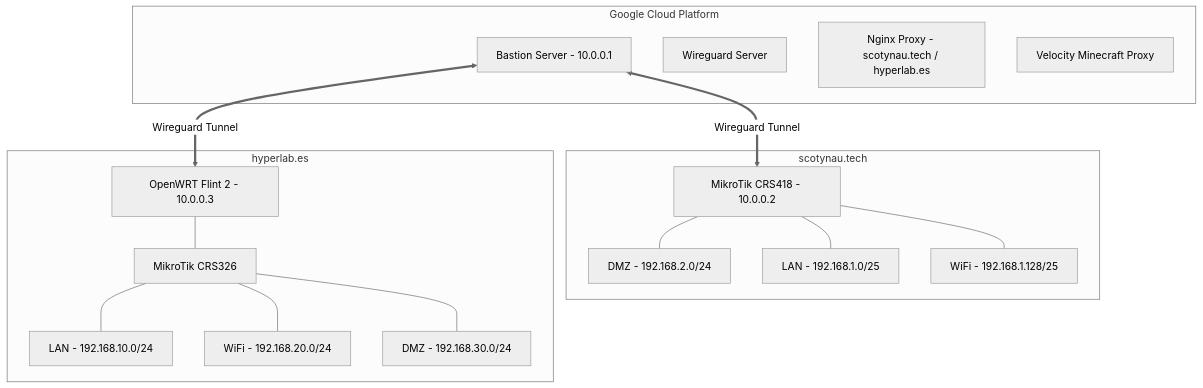
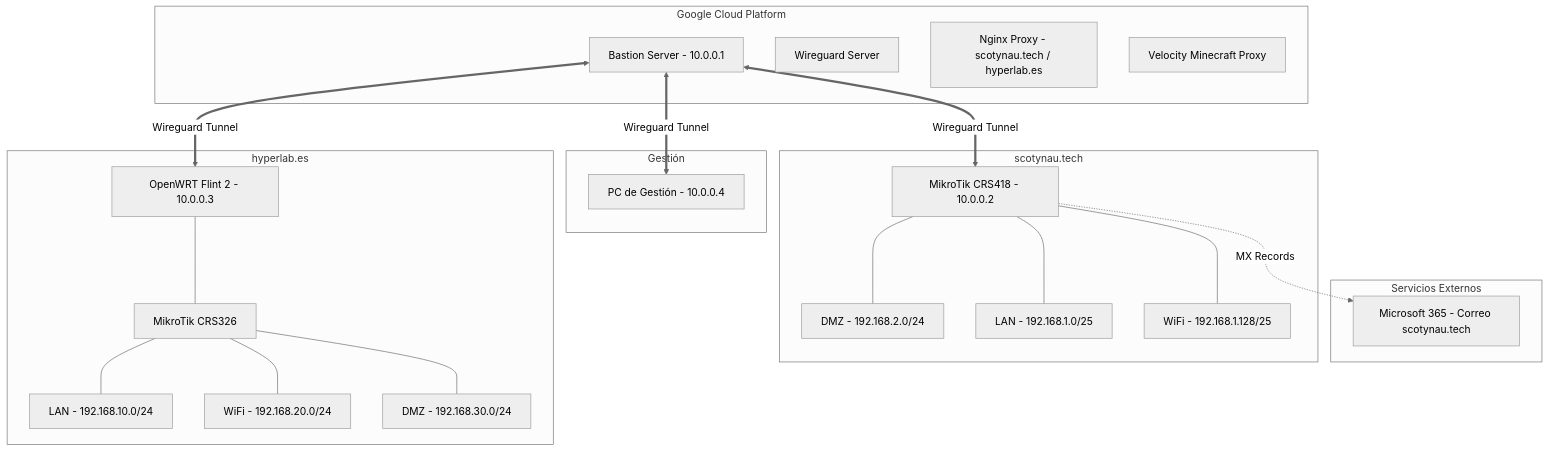
One commit to scotynau/network-infrastructure changed the diagram in README.md. Above: the diagram before and after it, drawn with Mermaid (neutral theme). The commit also changed other lines of this file, not shown here.

Commit message:
docs: update topology with Management PC and Microsoft 365

````diff
--- a/README.md
+++ b/README.md
@@ -9,38 +9,48 @@
 ```mermaid
 graph TD
+    subgraph External_Services [Servicios Externos]
+        M365[Microsoft 365 - Correo scotynau.tech]
+    end
+
     subgraph GCP_Cloud [Google Cloud Platform]
         Bastion[Bastion Server - 10.0.0.1]
         WG_Srv[Wireguard Server]
         Nginx[Nginx Proxy - scotynau.tech / hyperlab.es]
         Velocity[Velocity Minecraft Proxy]
+    end
+
+    subgraph Management [Gestión]
+        MgmtPC[PC de Gestión - 10.0.0.4]
     end
 
     subgraph Scotynau_Net [scotynau.tech]
         MT_CRS[MikroTik CRS418 - 10.0.0.2]
         DMZ[DMZ - 192.168.2.0/24]
         LAN[LAN - 192.168.1.0/25]
         WiFi[WiFi - 192.168.1.128/25]
     end
 
     subgraph Hyperlab_Net [hyperlab.es]
         Flint2[OpenWRT Flint 2 - 10.0.0.3]
         MT_Ric[MikroTik CRS326]
         RLAN[LAN - 192.168.10.0/24]
         RWiFi[WiFi - 192.168.20.0/24]
         RDMZ[DMZ - 192.168.30.0/24]
     end
 
     %% Túneles VPN
     Bastion <==>|Wireguard Tunnel| MT_CRS
     Bastion <==>|Wireguard Tunnel| Flint2
+    Bastion <==>|Wireguard Tunnel| MgmtPC
 
     %% Conexiones internas
     MT_CRS --- DMZ
     MT_CRS --- LAN
     MT_CRS --- WiFi
+    MT_CRS -.->|MX Records| M365
     
     Flint2 --- MT_Ric
     MT_Ric --- RLAN
     MT_Ric --- RWiFi
     MT_Ric --- RDMZ
 ```
````
